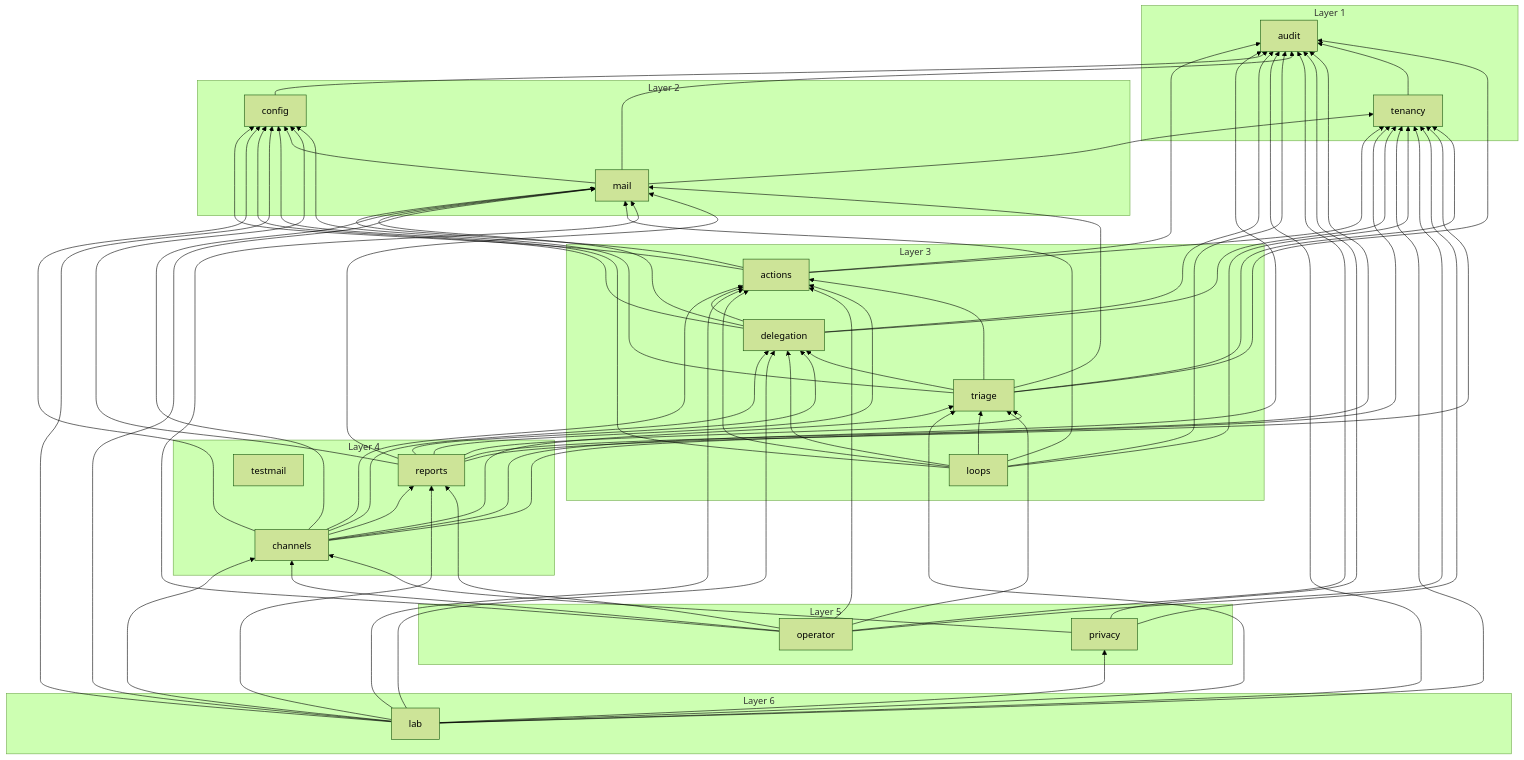
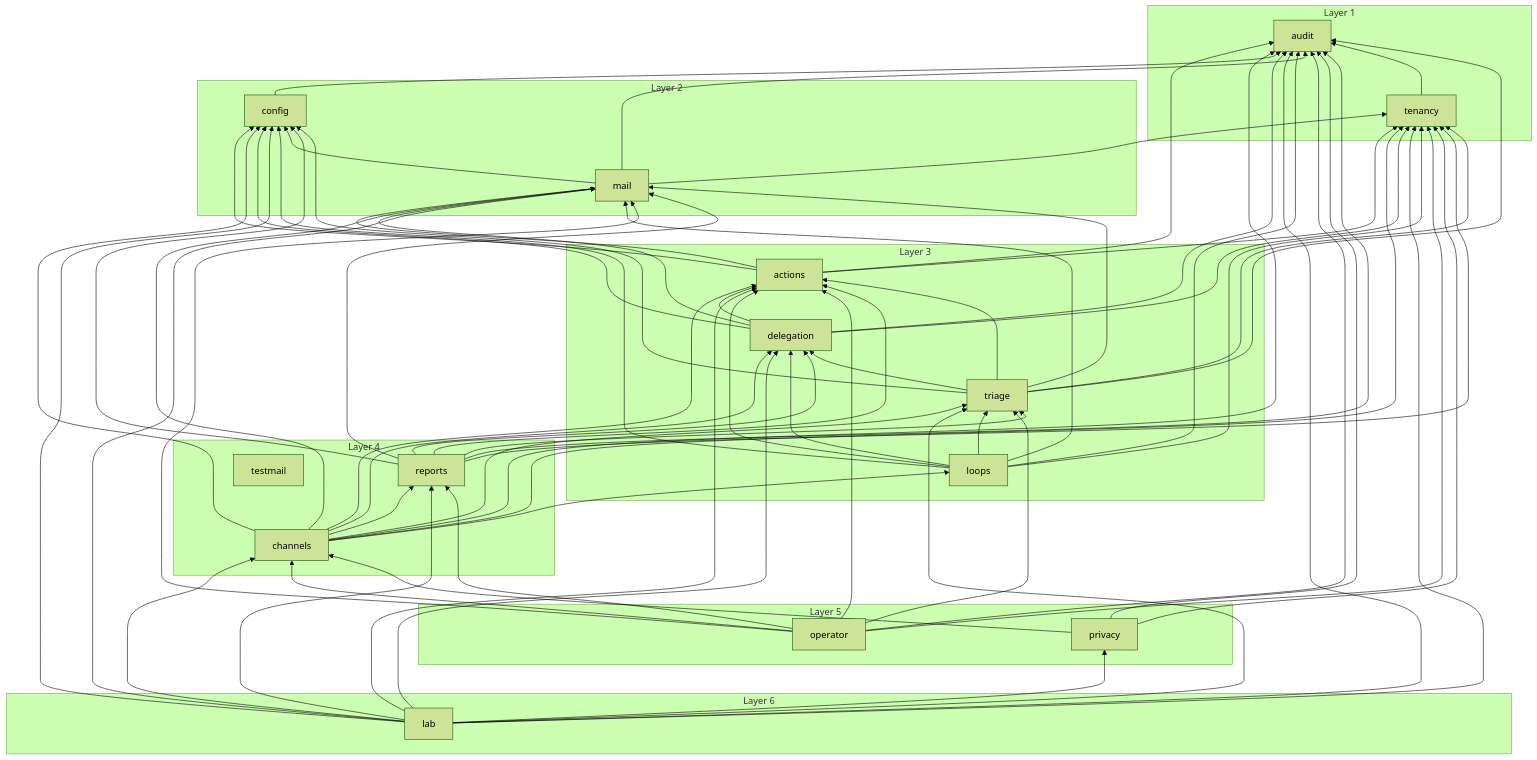
One commit to Artexs/email_assistant changed the diagram in docs/diagrams/module-graph.md. Above: the diagram before and after it, drawn with Mermaid (forest theme). The commit also changed 60 other files, not shown here.

```diff
--- a/docs/diagrams/module-graph.md
+++ b/docs/diagrams/module-graph.md
@@ -40,6 +40,7 @@
   channels --> audit
   channels --> config
   channels --> delegation
+  channels --> loops
   channels --> mail
   channels --> reports
   channels --> tenancy
```
